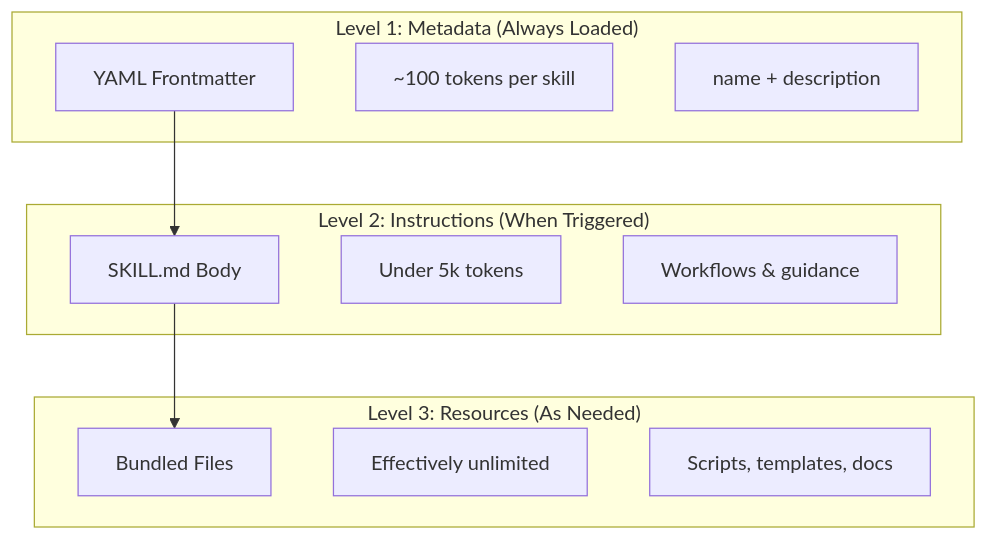
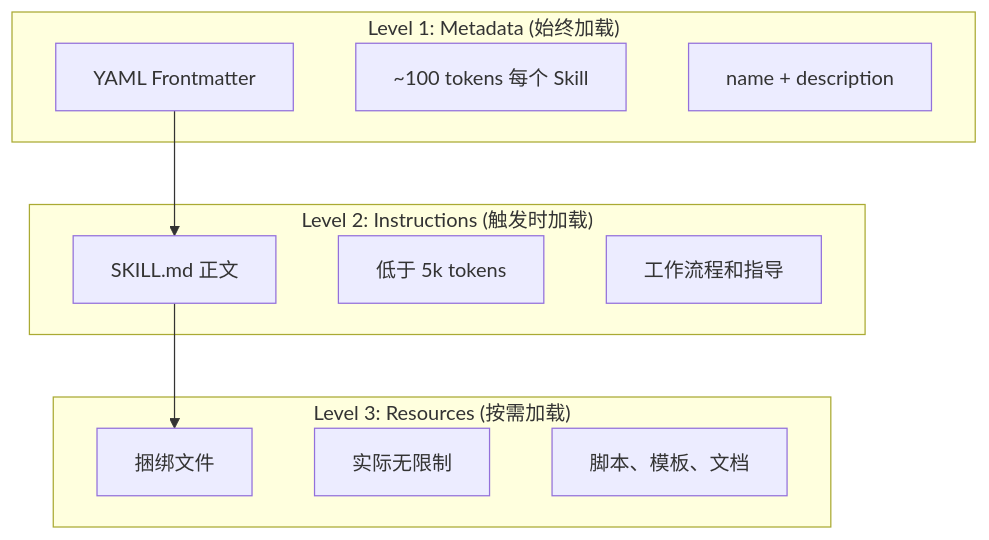
The second of 2 diagrams in 05-skills/README.md (hellojoju/claude-code-lesson), drawn with Mermaid before and after one commit. The commit also changed other lines of this file and 11 other files, not shown here.

````diff
--- a/05-skills/README.md
+++ b/05-skills/README.md
@@ -42,23 +58,23 @@
 ```mermaid
 graph TB
-    subgraph "Level 1: Metadata (Always Loaded)"
+    subgraph "Level 1: Metadata (始终加载)"
         A["YAML Frontmatter"]
-        A1["~100 tokens per skill"]
+        A1["~100 tokens 每个 Skill"]
         A2["name + description"]
     end
 
-    subgraph "Level 2: Instructions (When Triggered)"
-        B["SKILL.md Body"]
-        B1["Under 5k tokens"]
-        B2["Workflows & guidance"]
+    subgraph "Level 2: Instructions (触发时加载)"
+        B["SKILL.md 正文"]
+        B1["低于 5k tokens"]
+        B2["工作流程和指导"]
     end
 
-    subgraph "Level 3: Resources (As Needed)"
-        C["Bundled Files"]
-        C1["Effectively unlimited"]
-        C2["Scripts, templates, docs"]
+    subgraph "Level 3: Resources (按需加载)"
+        C["捆绑文件"]
+        C1["实际无限制"]
+        C2["脚本、模板、文档"]
     end
 
     A --> B
     B --> C
 ```
````
